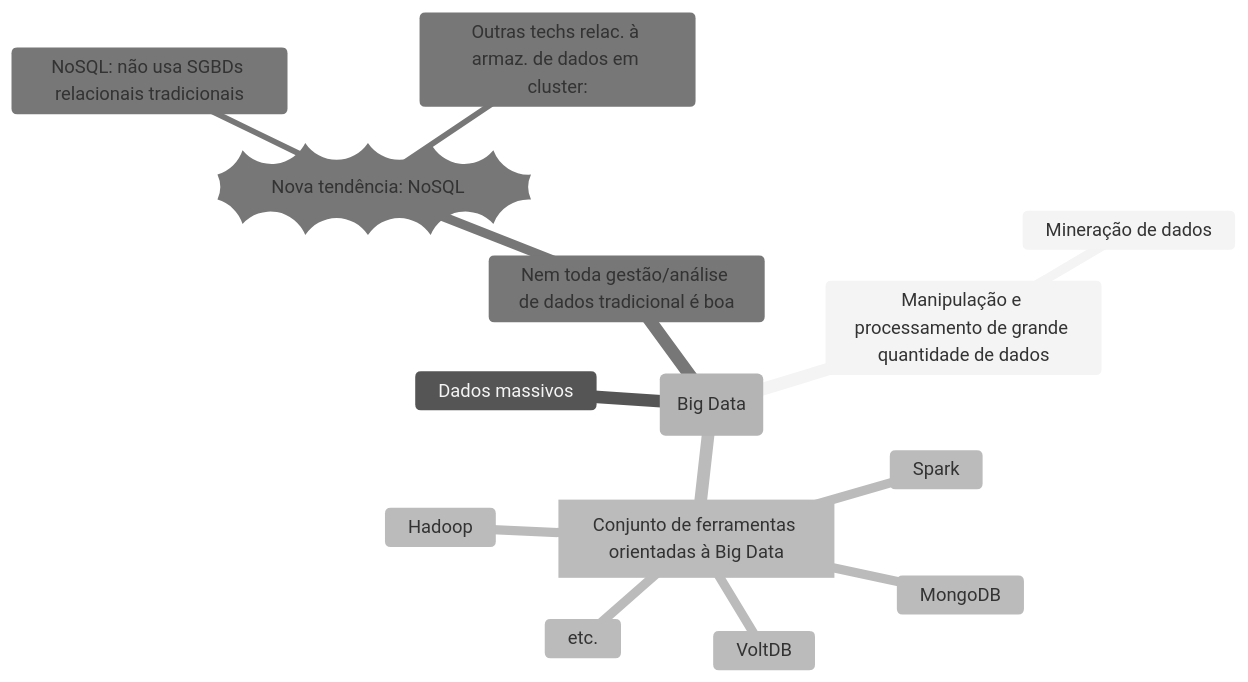
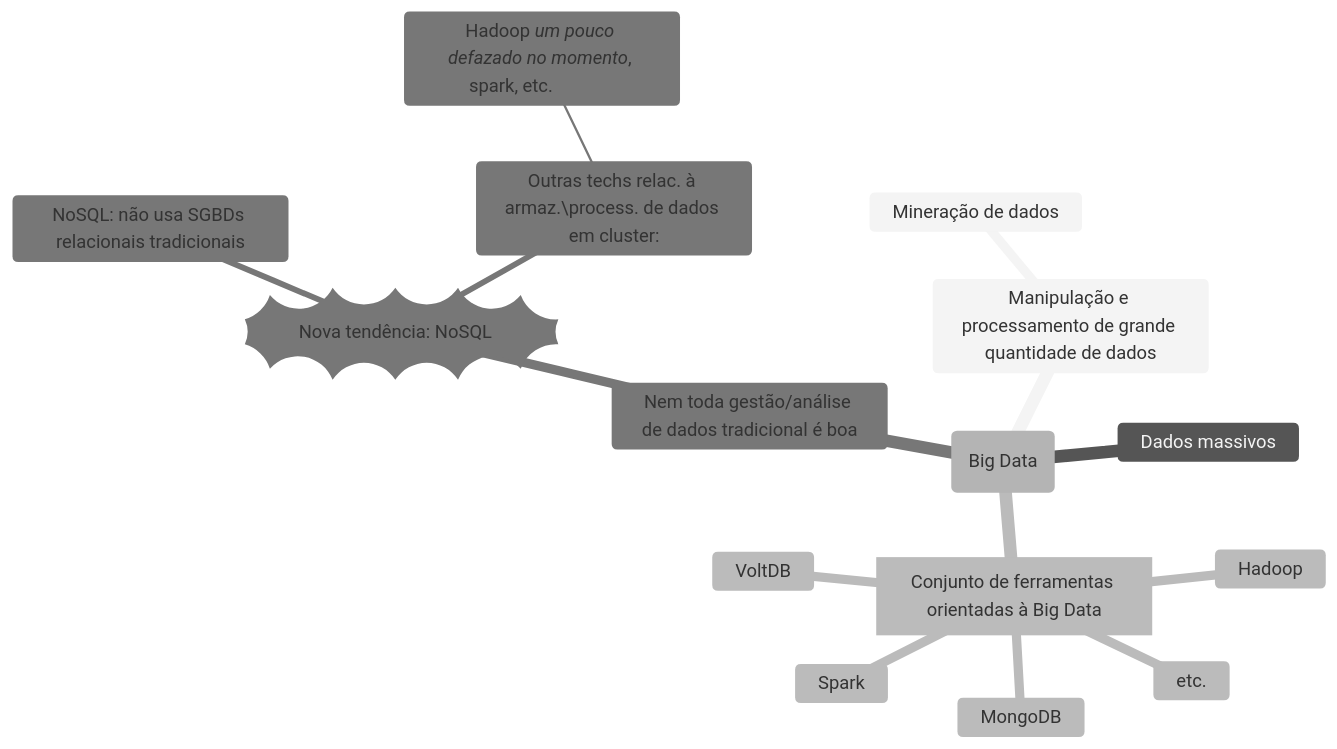
One commit to Igorino/joplin-notes changed the third of 3 diagrams in Mestrado/Segundo Semestre/SIN5033 - Grafos de conhecimento e Ontologias/Anotações/De Aulas/Aula do dia 2026 04 08.md. Above: the diagram before and after it, drawn with Mermaid (neutral theme).

Commit message:
Exported on 2026-04-08_17-09-51

````diff
--- a/Mestrado/Segundo Semestre/SIN5033 - Grafos de conhecimento e Ontologias/Anotações/De Aulas/Aula do dia 2026 04 08.md
+++ b/Mestrado/Segundo Semestre/SIN5033 - Grafos de conhecimento e Ontologias/Anotações/De Aulas/Aula do dia 2026 04 08.md
@@ -65,21 +65,21 @@
 ```mermaid
 mindmap
 root(Big Data)
 	Manipulação e processamento de grande quantidade de dados
 		Mineração de dados
 	Dados massivos
 	[Conjunto de ferramentas orientadas à Big Data]
 		Hadoop
 		MongoDB
 		VoltDB
 		Spark
 		etc.
 	Nem toda gestão/análise de dados tradicional é boa
 		))Nova tendência: NoSQL((
 			NoSQL: não usa SGBDs relacionais tradicionais
-			Outras techs relac. à armaz. de dados em cluster:
-				
+			Outras techs relac. à armaz.\process. de dados em cluster:
+				Hadoop *um pouco defazado no momento*, spark, etc.		
 		
 			
 	
 ```
````
